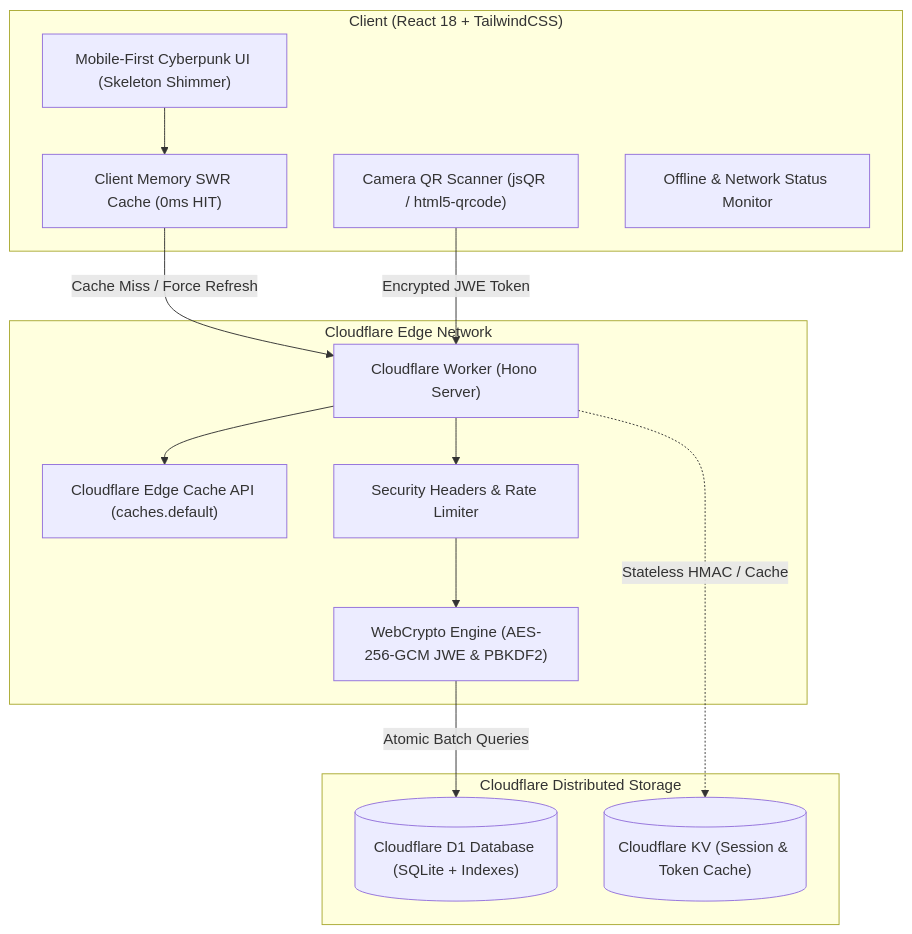
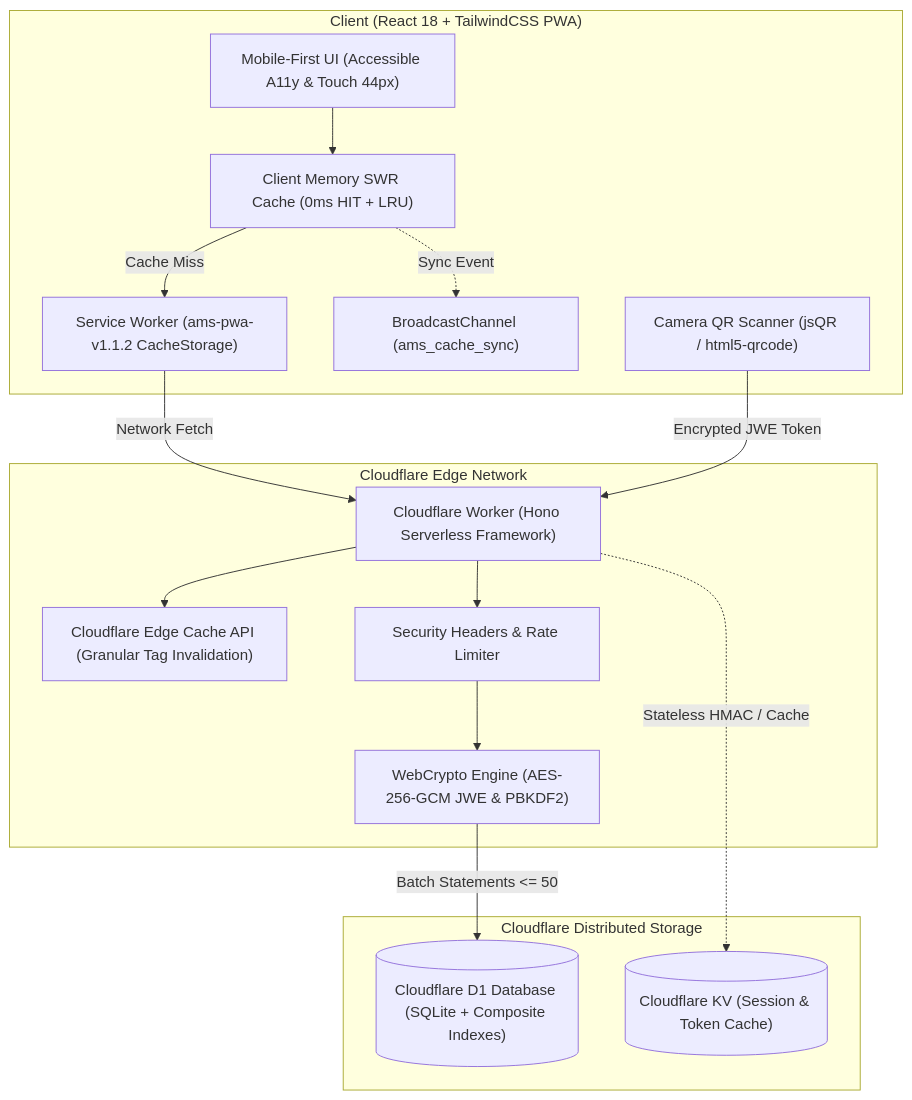
The diagram in README.md (VQA-06/AMS), drawn with Mermaid before and after one commit. The commit also changed other lines of this file and 46 other files, not shown here.

````diff
--- a/README.md
+++ b/README.md
@@ -84,30 +89,33 @@
 ```mermaid
 flowchart TD
-    subgraph Client["Client (React 18 + TailwindCSS)"]
-        UI["Mobile-First Cyberpunk UI (Skeleton Shimmer)"]
-        SWR["Client Memory SWR Cache (0ms HIT)"]
+    subgraph Client["Client (React 18 + TailwindCSS PWA)"]
+        UI["Mobile-First UI (Accessible A11y & Touch 44px)"]
+        SWR["Client Memory SWR Cache (0ms HIT + LRU)"]
+        SW["Service Worker (ams-pwa-v1.1.2 CacheStorage)"]
+        BC["BroadcastChannel (ams_cache_sync)"]
         Scanner["Camera QR Scanner (jsQR / html5-qrcode)"]
-        Offline["Offline & Network Status Monitor"]
     end
 
     subgraph Edge["Cloudflare Edge Network"]
-        Worker["Cloudflare Worker (Hono Server)"]
-        EdgeCache["Cloudflare Edge Cache API (caches.default)"]
+        Worker["Cloudflare Worker (Hono Serverless Framework)"]
+        EdgeCache["Cloudflare Edge Cache API (Granular Tag Invalidation)"]
         SecHeaders["Security Headers & Rate Limiter"]
         Crypto["WebCrypto Engine (AES-256-GCM JWE & PBKDF2)"]
     end
 
     subgraph Storage["Cloudflare Distributed Storage"]
-        D1[("Cloudflare D1 Database (SQLite + Indexes)")]
+        D1[("Cloudflare D1 Database (SQLite + Composite Indexes)")]
         KV[("Cloudflare KV (Session & Token Cache)")]
     end
 
     UI --> SWR
-    SWR -->|Cache Miss / Force Refresh| Worker
+    SWR -->|Cache Miss| SW
+    SW -->|Network Fetch| Worker
+    SWR -.->|Sync Event| BC
     Scanner -->|Encrypted JWE Token| Worker
     Worker --> EdgeCache
     Worker --> SecHeaders
     SecHeaders --> Crypto
-    Crypto -->|Atomic Batch Queries| D1
+    Crypto -->|Batch Statements <= 50| D1
     Worker -.->|Stateless HMAC / Cache| KV
 ```
````
